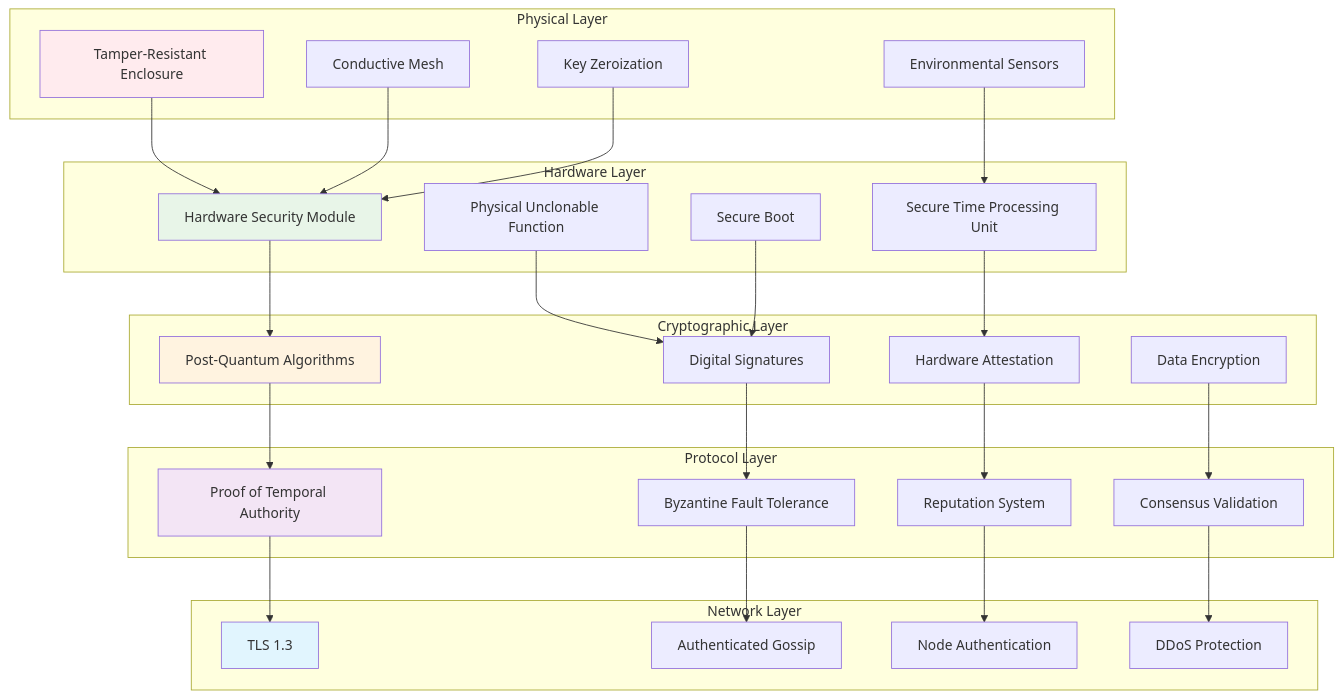
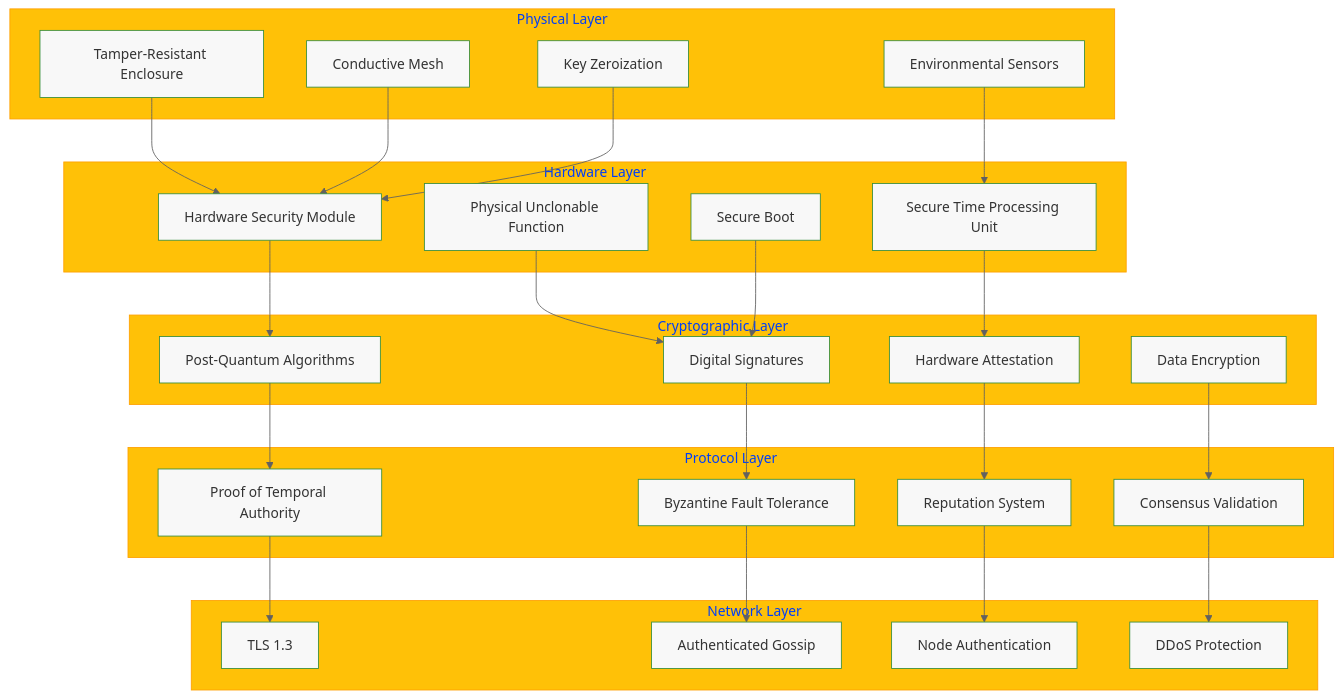
The first of 2 diagrams in docs/security.md (nshkrdotcom/ChronoLedger), drawn with Mermaid before and after one commit. The commit also changed other lines of this file and 6 other files, not shown here.

````diff
--- a/docs/security.md
+++ b/docs/security.md
@@ -59,63 +59,68 @@
 ```mermaid
+%%{init: {'theme': 'base', 'themeVariables': {
+    'primaryColor': '#4CAF50',
+    'primaryBorderColor': '#388E3C',
+    'secondaryColor': '#2196F3',
+    'secondaryBorderColor': '#1976D2',
+    'tertiaryColor': '#FFC107',
+    'tertiaryBorderColor': '#FFA000',
+    'lineColor': '#616161',
+    'textColor': '#212121',
+    'mainBkg': '#F8F8F8'
+}}}%%
 graph TD
     subgraph "Physical Layer"
         TAMPER[Tamper-Resistant Enclosure]
         SENSORS[Environmental Sensors]
         MESH[Conductive Mesh]
         ZEROIZE[Key Zeroization]
     end
     
     subgraph "Hardware Layer"
         HSM[Hardware Security Module]
         PUF[Physical Unclonable Function]
         STPU[Secure Time Processing Unit]
         BOOT[Secure Boot]
     end
     
     subgraph "Cryptographic Layer"
         POSTQ[Post-Quantum Algorithms]
         SIGNATURES[Digital Signatures]
         ATTESTATION[Hardware Attestation]
         ENCRYPTION[Data Encryption]
     end
     
     subgraph "Protocol Layer"
         POTA[Proof of Temporal Authority]
         BFT[Byzantine Fault Tolerance]
         REPUTATION[Reputation System]
         CONSENSUS[Consensus Validation]
     end
     
     subgraph "Network Layer"
         TLS[TLS 1.3]
         GOSSIP[Authenticated Gossip]
         AUTH[Node Authentication]
         DDOS[DDoS Protection]
     end
     
     TAMPER --> HSM
     SENSORS --> STPU
     MESH --> HSM
     ZEROIZE --> HSM
     
     HSM --> POSTQ
     PUF --> SIGNATURES
     STPU --> ATTESTATION
     BOOT --> SIGNATURES
     
     POSTQ --> POTA
     SIGNATURES --> BFT
     ATTESTATION --> REPUTATION
     ENCRYPTION --> CONSENSUS
     
     POTA --> TLS
     BFT --> GOSSIP
     REPUTATION --> AUTH
     CONSENSUS --> DDOS
-    
-    style TAMPER fill:#ffebee
-    style HSM fill:#e8f5e8
-    style POSTQ fill:#fff3e0
-    style POTA fill:#f3e5f5
-    style TLS fill:#e1f5fe
 ```
````
